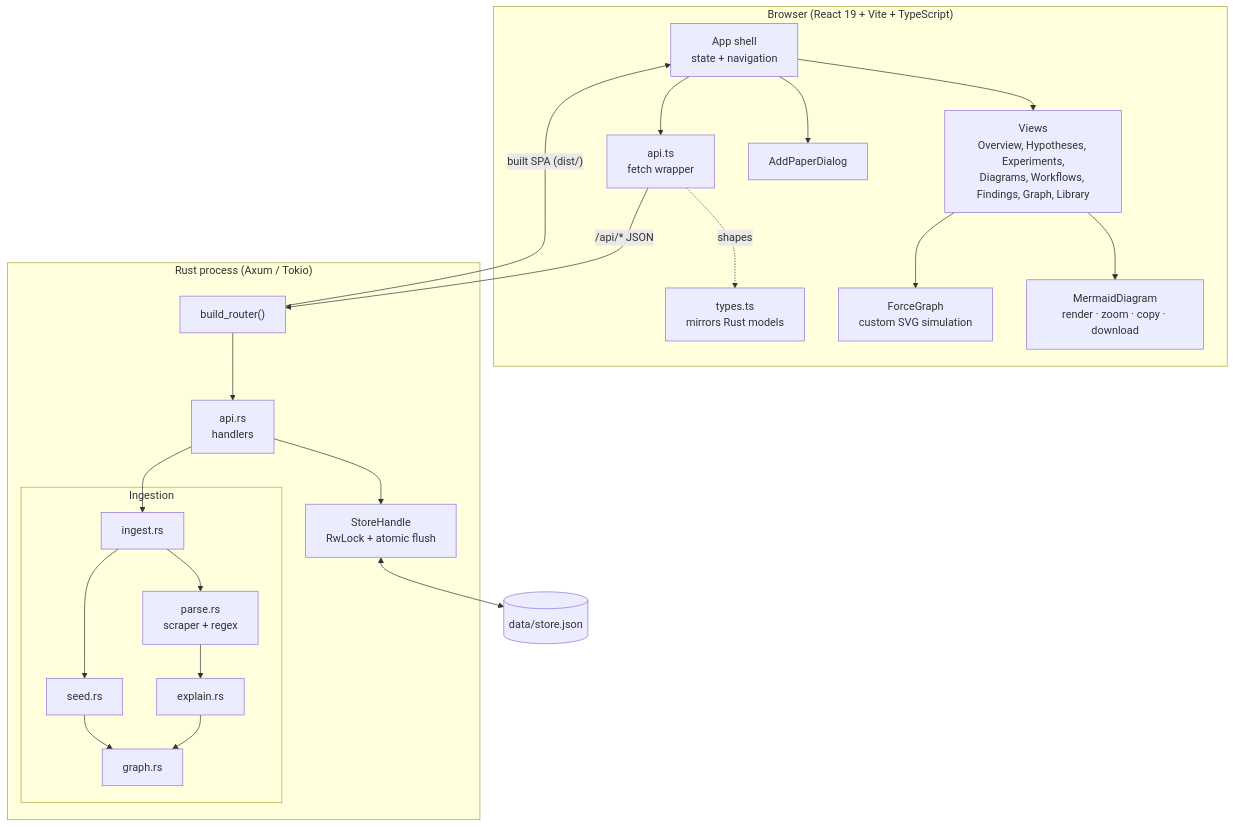
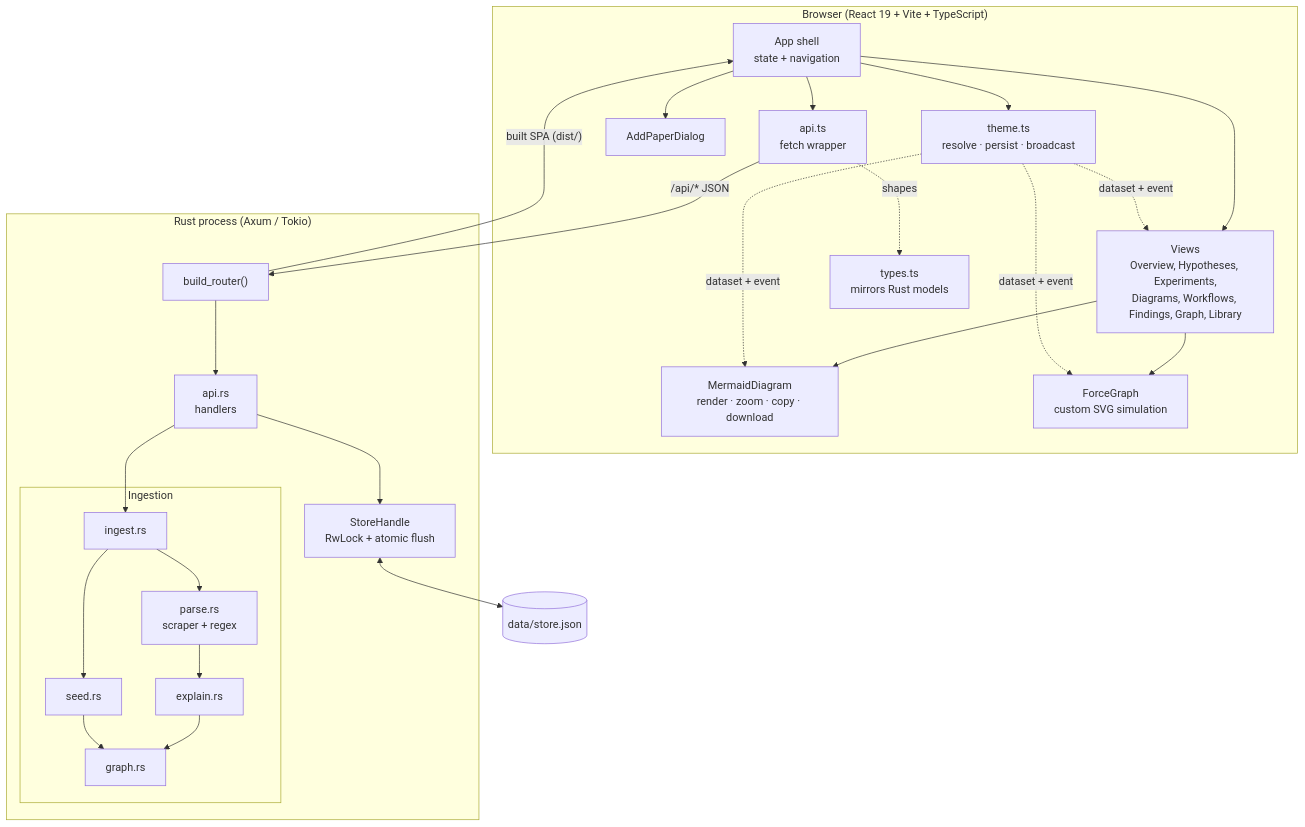
The first of 3 diagrams in frontend/public/design/02-architecture.md (harishgovardhandamodar/paper-explainer), drawn with Mermaid before and after one commit. The commit also changed other lines of this file and 8 other files, not shown here.

Commit message:
feat: add dark/light theme with persisted toggle and matching diagrams

````diff
--- a/frontend/public/design/02-architecture.md
+++ b/frontend/public/design/02-architecture.md
@@ -7,41 +7,43 @@
 ```mermaid
 flowchart TB
   subgraph CLIENT["Browser (React 19 + Vite + TypeScript)"]
     APP["App shell<br/>state + navigation"]
+    THEME["theme.ts<br/>resolve · persist · broadcast"]
     VIEWS["Views<br/>Overview, Hypotheses, Experiments,<br/>Diagrams, Workflows, Findings, Graph, Library"]
     MER["MermaidDiagram<br/>render · zoom · copy · download"]
     FG["ForceGraph<br/>custom SVG simulation"]
     DLG["AddPaperDialog"]
     APIC["api.ts<br/>fetch wrapper"]
     TYPES["types.ts<br/>mirrors Rust models"]
-    APP --> VIEWS & DLG
+    APP --> VIEWS & DLG & THEME
     VIEWS --> MER & FG
+    THEME -.dataset + event.-> MER & FG & VIEWS
     APP --> APIC
     APIC -.shapes.-> TYPES
   end
 
   subgraph SERVER["Rust process (Axum / Tokio)"]
     ROUTER["build_router()"]
     HANDLERS["api.rs<br/>handlers"]
     STORE["StoreHandle<br/>RwLock + atomic flush"]
     subgraph PIPELINE["Ingestion"]
       INGEST["ingest.rs"]
       PARSE["parse.rs<br/>scraper + regex"]
       EXPLAIN["explain.rs"]
       SEED["seed.rs"]
       GRAPH["graph.rs"]
     end
     ROUTER --> HANDLERS
     HANDLERS --> STORE
     HANDLERS --> INGEST
     INGEST --> PARSE --> EXPLAIN
     INGEST --> SEED
     EXPLAIN --> GRAPH
     SEED --> GRAPH
   end
 
   DISK[("data/store.json")]
   STORE <--> DISK
   APIC -->|"/api/* JSON"| ROUTER
   ROUTER -->|"built SPA (dist/)"| APP
 ```
````
